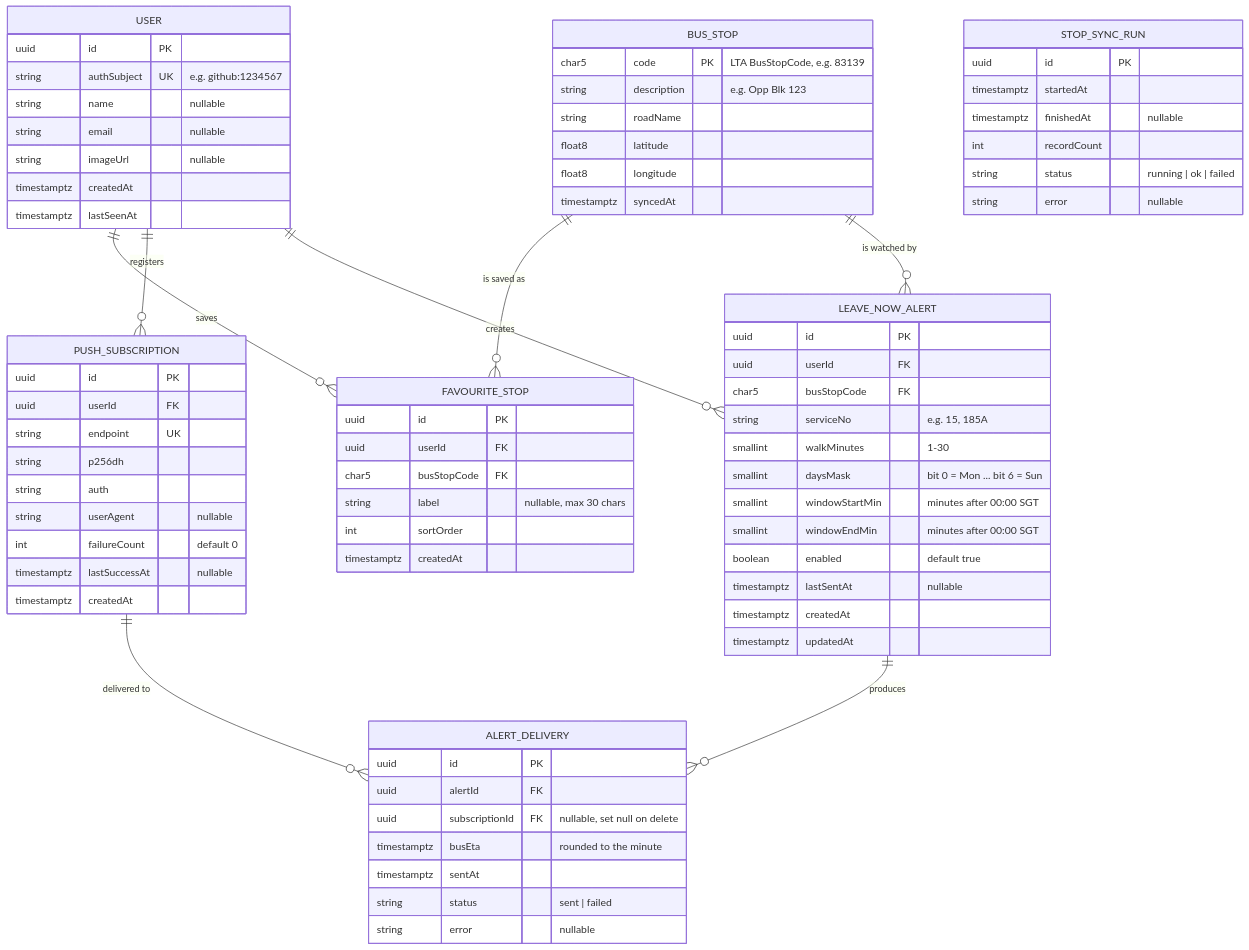
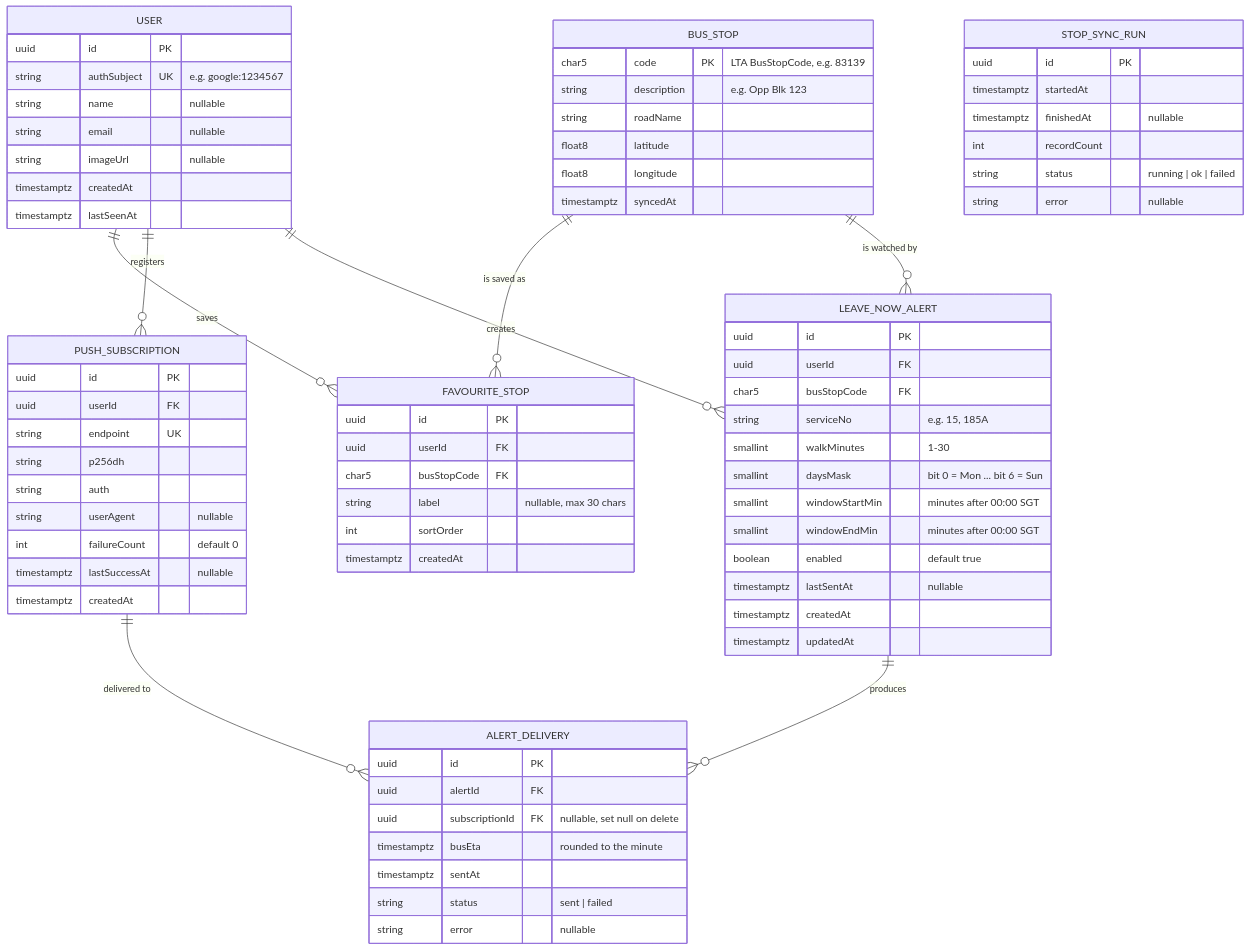
Before and after one commit to EthanYap123/sg-transit-companion: the diagram in docs/ERD.md, drawn with Mermaid. The commit also changed 27 other files, not shown here.

First line of the commit message:
feat(web): replace github sign-in with google (#59)

```diff
--- a/docs/ERD.md
+++ b/docs/ERD.md
@@ -14,7 +14,7 @@
 
     USER {
         uuid id PK
-        string authSubject UK "e.g. github:1234567"
+        string authSubject UK "e.g. google:1234567"
         string name "nullable"
         string email "nullable"
         string imageUrl "nullable"
```
